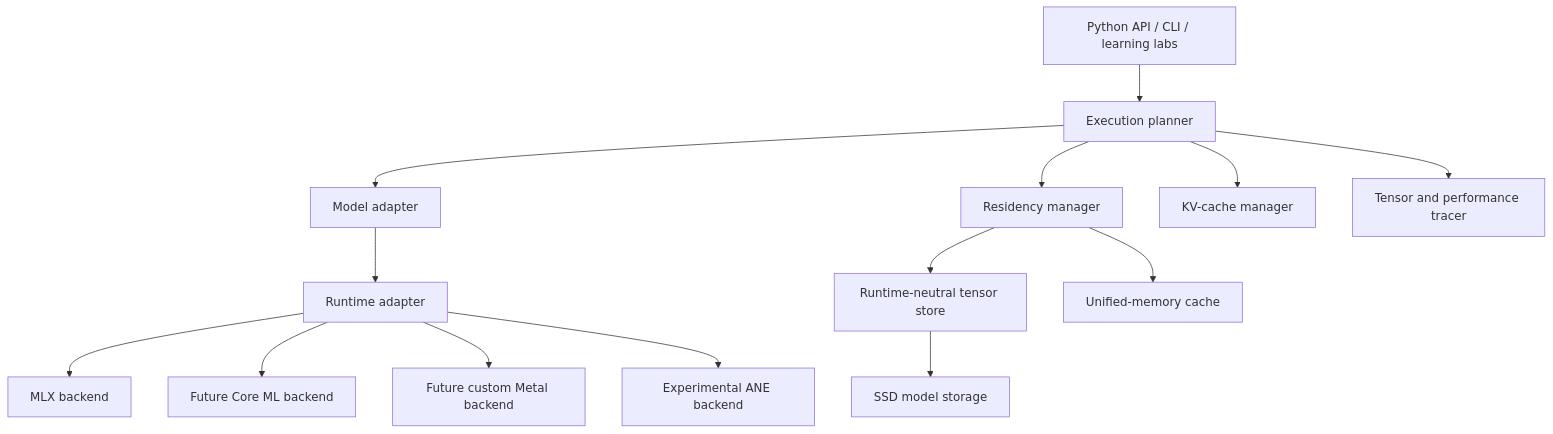
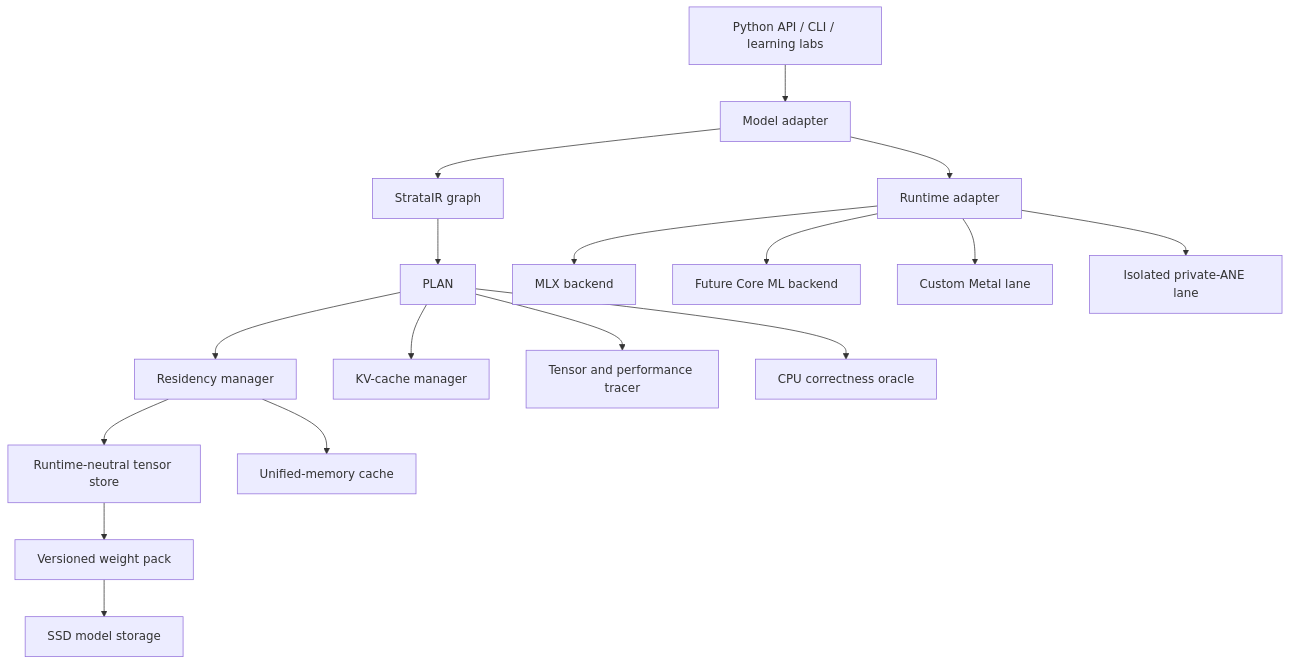
Before and after one commit to Ikaikaalika/strata: the first of 2 diagrams in README.md, drawn with Mermaid. The commit also changed other lines of this file and 3 other files, not shown here.

Commit message:
Record Wave 2 M1 evidence and architecture

````diff
--- a/README.md
+++ b/README.md
@@ -37,18 +42,21 @@
 ```mermaid
 flowchart TD
-    API["Python API / CLI / learning labs"] --> PLAN["Execution planner"]
-    PLAN --> MODEL["Model adapter"]
+    API["Python API / CLI / learning labs"] --> MODEL["Model adapter"]
+    MODEL --> IR["StrataIR graph"]
+    IR --> PLAN
     PLAN --> RES["Residency manager"]
     PLAN --> KV["KV-cache manager"]
     PLAN --> TRACE["Tensor and performance tracer"]
 
     MODEL --> RUNTIME["Runtime adapter"]
     RUNTIME --> MLX["MLX backend"]
     RUNTIME --> COREML["Future Core ML backend"]
-    RUNTIME --> METAL["Future custom Metal backend"]
-    RUNTIME --> ANE["Experimental ANE backend"]
+    RUNTIME --> METAL["Custom Metal lane"]
+    RUNTIME --> ANE["Isolated private-ANE lane"]
+    PLAN --> CPU["CPU correctness oracle"]
 
     RES --> STORE["Runtime-neutral tensor store"]
-    STORE --> SSD["SSD model storage"]
+    STORE --> PACK["Versioned weight pack"]
+    PACK --> SSD["SSD model storage"]
     RES --> RAM["Unified-memory cache"]
 ```
````
